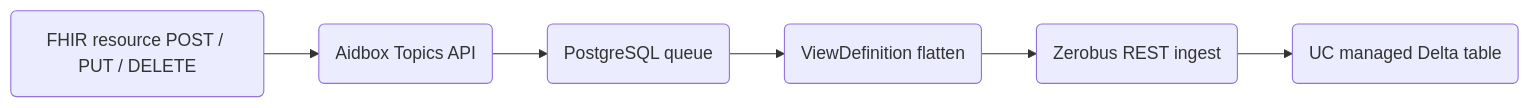
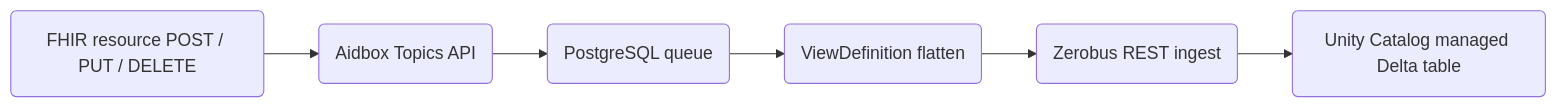
One commit to HealthSamurai/aidbox-docs changed the second of 6 diagrams in docs/tutorials/subscriptions-tutorials/data-lakehouse-aidboxtopicdestination.md. Above: the diagram before and after it, drawn with Mermaid. The commit also changed other lines of this file, not shown here.

````diff
--- a/docs/tutorials/subscriptions-tutorials/data-lakehouse-aidboxtopicdestination.md
+++ b/docs/tutorials/subscriptions-tutorials/data-lakehouse-aidboxtopicdestination.md
@@ -105,11 +105,11 @@
 ```mermaid
 graph LR
     A(FHIR resource POST / PUT / DELETE):::blue2
     B(Aidbox Topics API):::blue2
     C(PostgreSQL queue):::neutral2
     D(ViewDefinition flatten):::yellow2
     Z(Zerobus REST ingest):::green2
-    T0(UC managed Delta table):::violet2
+    T0(Unity Catalog managed Delta table):::violet2
 
     A --> B --> C --> D --> Z --> T0
 ```
````
